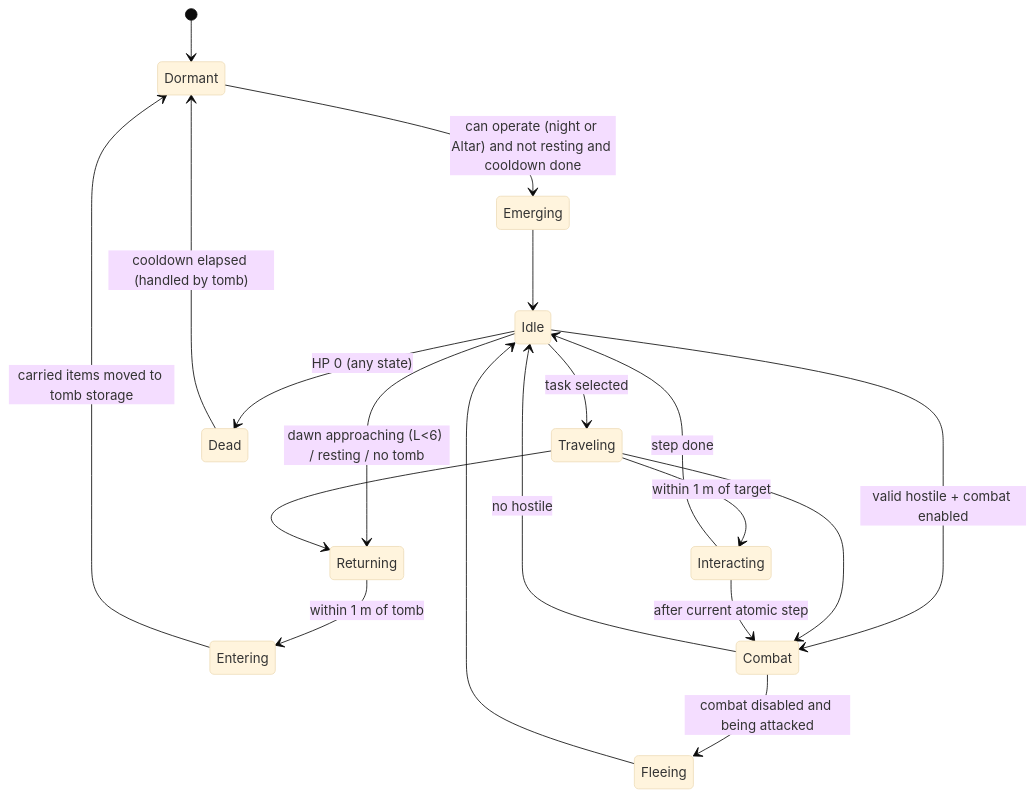
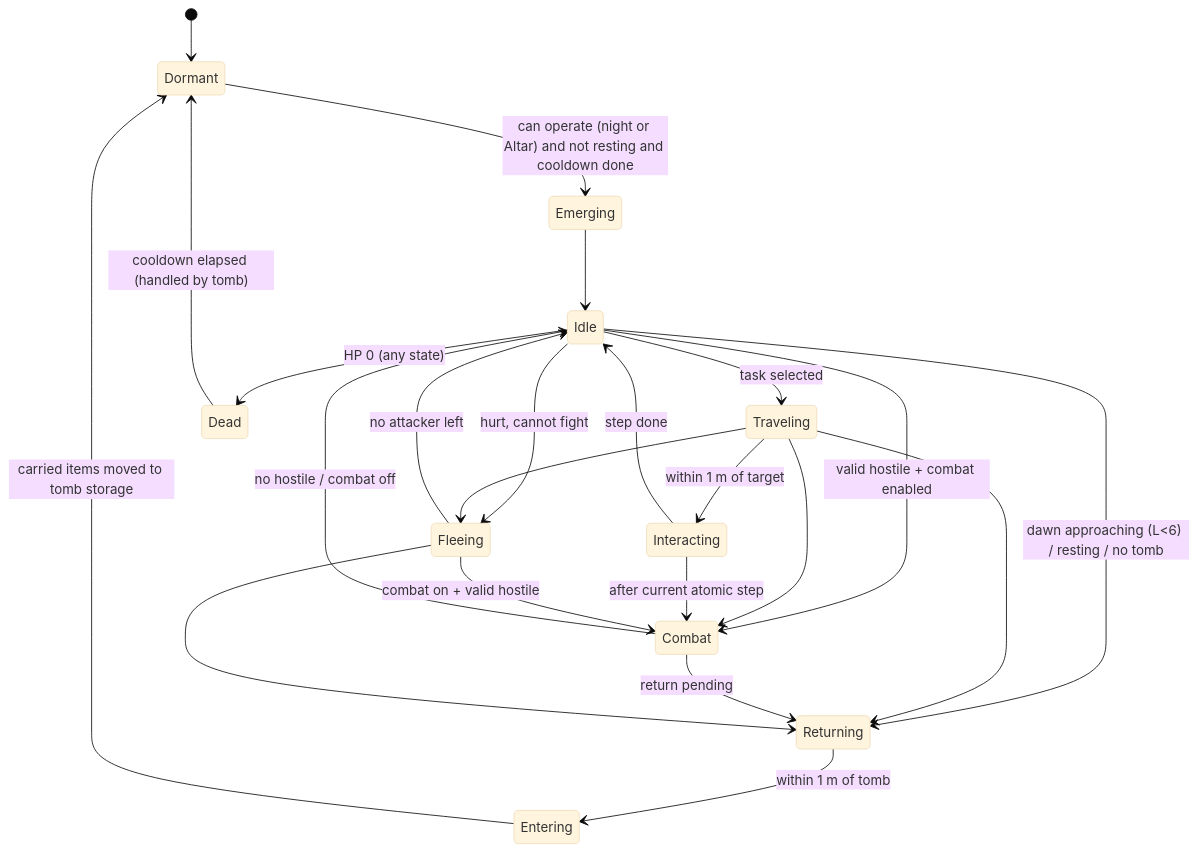
Before and after one commit to Chelvis/haugbui_valheim_mod: the second of 3 diagrams in docs/ARCHITECTURE.md, drawn with Mermaid (base theme). The commit also changed other lines of this file and 42 other files, not shown here.

````diff
--- a/docs/ARCHITECTURE.md
+++ b/docs/ARCHITECTURE.md
@@ -133,21 +134,25 @@
 ```mermaid
 stateDiagram-v2
   [*] --> Dormant
   Dormant --> Emerging: can operate (night or Altar) and not resting and cooldown done
   Emerging --> Idle
   Idle --> Traveling: task selected
   Traveling --> Interacting: within 1 m of target
   Interacting --> Idle: step done
   Idle --> Returning: dawn approaching (L<6) / resting / no tomb
   Traveling --> Returning
   Returning --> Entering: within 1 m of tomb
   Entering --> Dormant: carried items moved to tomb storage
   Idle --> Combat: valid hostile + combat enabled
   Traveling --> Combat
   Interacting --> Combat: after current atomic step
-  Combat --> Idle: no hostile
-  Combat --> Fleeing: combat disabled and being attacked
-  Fleeing --> Idle
+  Combat --> Idle: no hostile / combat off
+  Combat --> Returning: return pending
+  Idle --> Fleeing: hurt, cannot fight
+  Traveling --> Fleeing
+  Fleeing --> Combat: combat on + valid hostile
+  Fleeing --> Idle: no attacker left
+  Fleeing --> Returning
   Idle --> Dead: HP 0 (any state)
   Dead --> Dormant: cooldown elapsed (handled by tomb)
 ```
````
